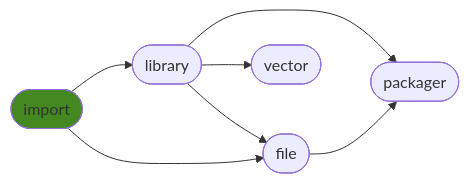
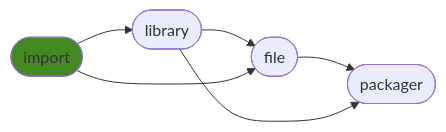
One commit to ManderaGeneral/generalimport changed the diagram in README.md. Above: the diagram before and after it, drawn with Mermaid. The commit also changed other lines of this file and 1 other file, not shown here.

Commit message:
[CI AUTO] Sync triggered by generalpackager

````diff
--- a/README.md
+++ b/README.md
@@ -28,15 +28,13 @@
 ```mermaid
 flowchart LR
+2([file]) --> 3([packager])
+1([library]) --> 2([file])
 0([import]) --> 1([library])
 0([import]) --> 2([file])
-1([library]) --> 4([packager])
-1([library]) --> 3([vector])
-1([library]) --> 2([file])
-2([file]) --> 4([packager])
+1([library]) --> 3([packager])
 click 0 "https://github.com/ManderaGeneral/generalimport"
 click 1 "https://github.com/ManderaGeneral/generallibrary"
 click 2 "https://github.com/ManderaGeneral/generalfile"
-click 3 "https://github.com/ManderaGeneral/generalvector"
-click 4 "https://github.com/ManderaGeneral/generalpackager"
+click 3 "https://github.com/ManderaGeneral/generalpackager"
 style 0 fill:#482
 ```
````
